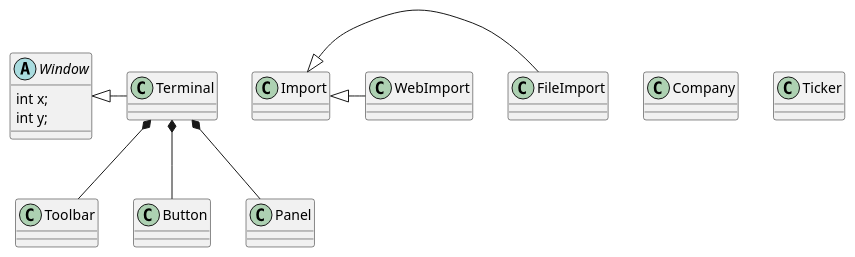
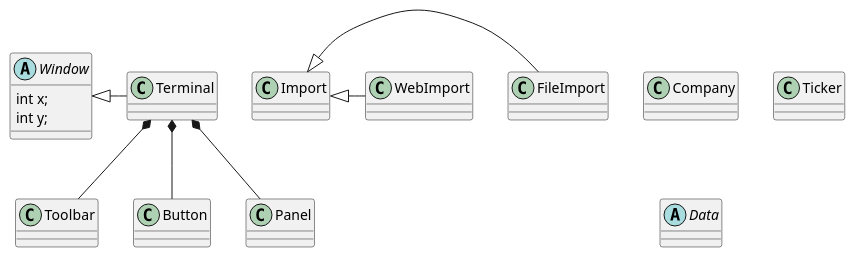
Before and after one commit to JohnVonNeumann/bloombleurgh: the diagram in Bloombleurgh/Bloombleurgh/Program.puml, drawn with PlantUML.

Commit message:
UPDATE Program.puml - add further details on the UML diagram

```diff
--- a/Bloombleurgh/Bloombleurgh/Program.puml
+++ b/Bloombleurgh/Bloombleurgh/Program.puml
@@ -1,48 +1,54 @@
 @startuml
 'https://plantuml.com/class-diagram
 
 'Inheritance
 Window <|- Terminal
 Import <|- FileImport
 Import <|- WebImport
 
 'Composition
 Terminal *-- Toolbar
 Terminal *-- Button
 Terminal *-- Panel
 
 'Aggregation
 
+'Used as a base class for terminal, allows for drawing and sizing
+'Implement non abstract then make it abstract
 abstract class Window {
 int x;
 int y;
 }
 
+'Implement the Terminal as one class first, then break it out into separate modules
 class Terminal {
 }
 
 class Toolbar {
 }
 
 class Button {
 }
 
 class Panel {
 }
 
 class Import {
 }
 
 class FileImport {
 }
 
 class WebImport {
 }
 
 class Company {
 }
 
 class Ticker {
 }
 
+abstract class Data {
+}
+
 @enduml
```
